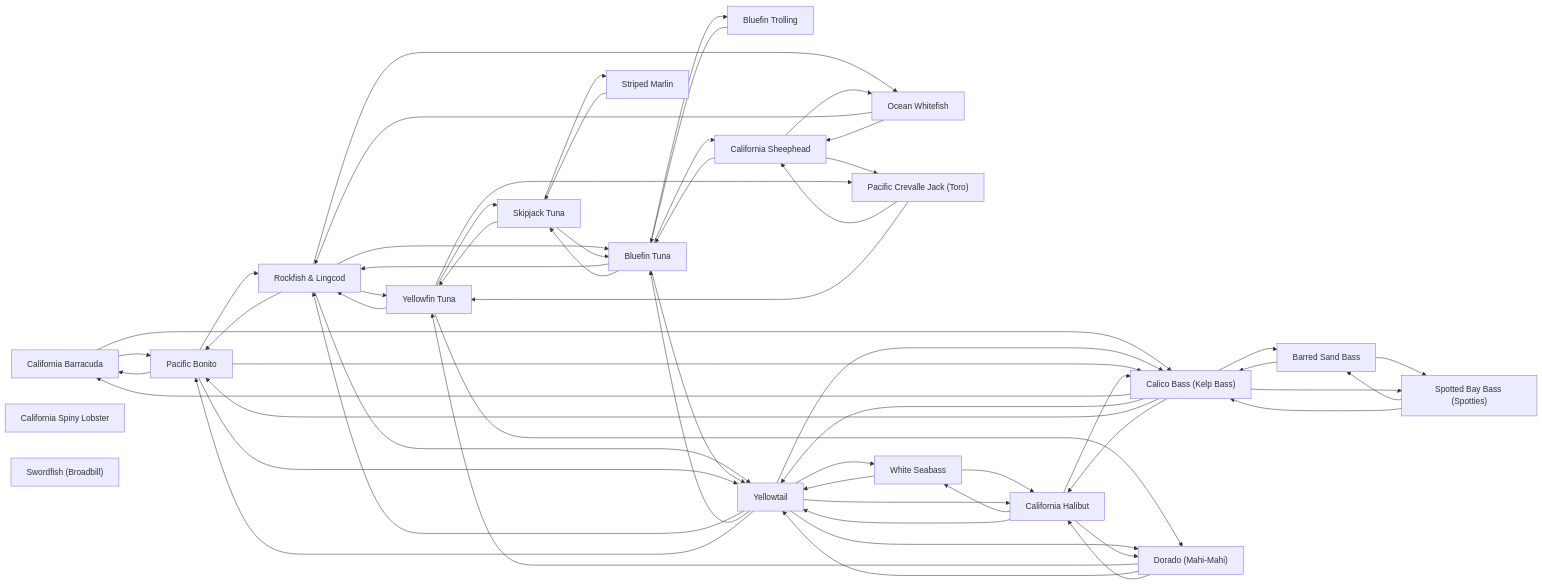
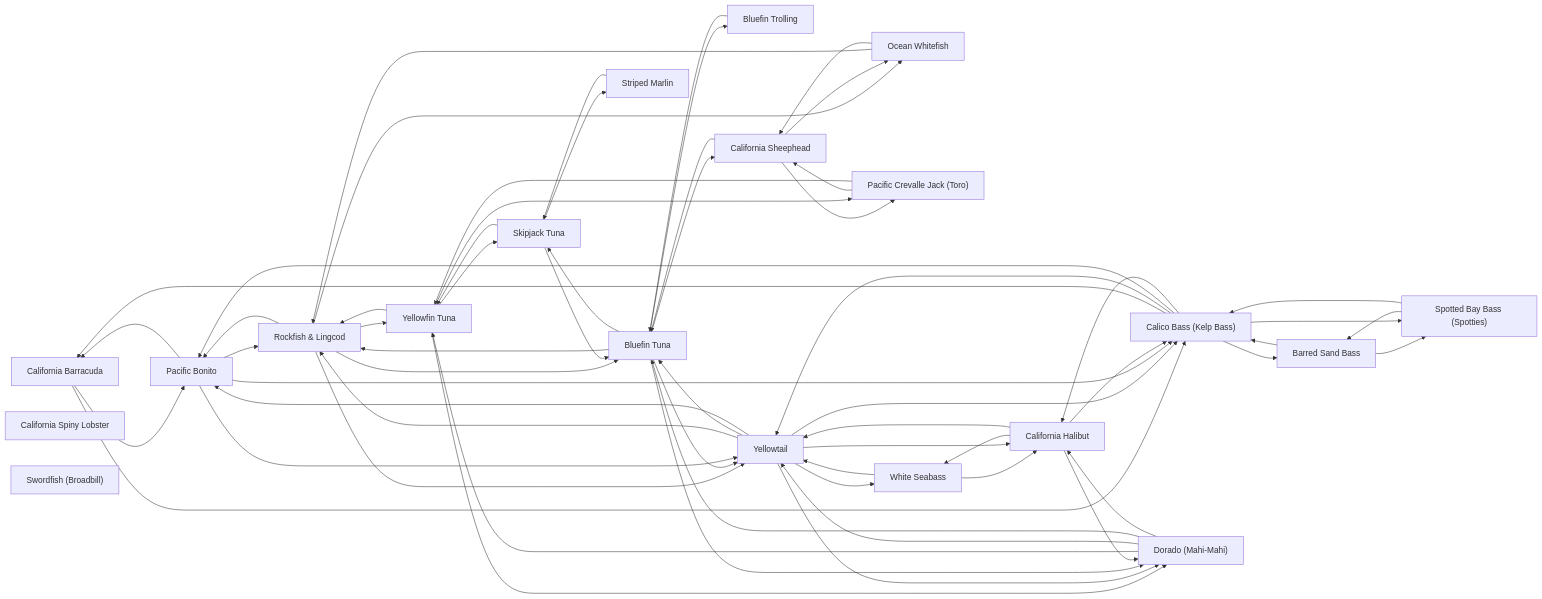
Before and after one commit to camchuckpete-max/Socal-Fishing-Knowledge: the diagram in species/README.md, drawn with Mermaid. The commit also changed 6 other files, not shown here.

```diff
--- a/species/README.md
+++ b/species/README.md
@@ -89,6 +89,7 @@
   n2 --> n12
   n2 --> n13
   n2 --> n19
+  n2 --> n7
   n3 --> n0
   n3 --> n10
   n3 --> n19
@@ -105,6 +106,7 @@
   n5 --> n7
   n7 --> n18
   n7 --> n19
+  n7 --> n2
   n7 --> n5
   n8 --> n10
   n8 --> n12
```
